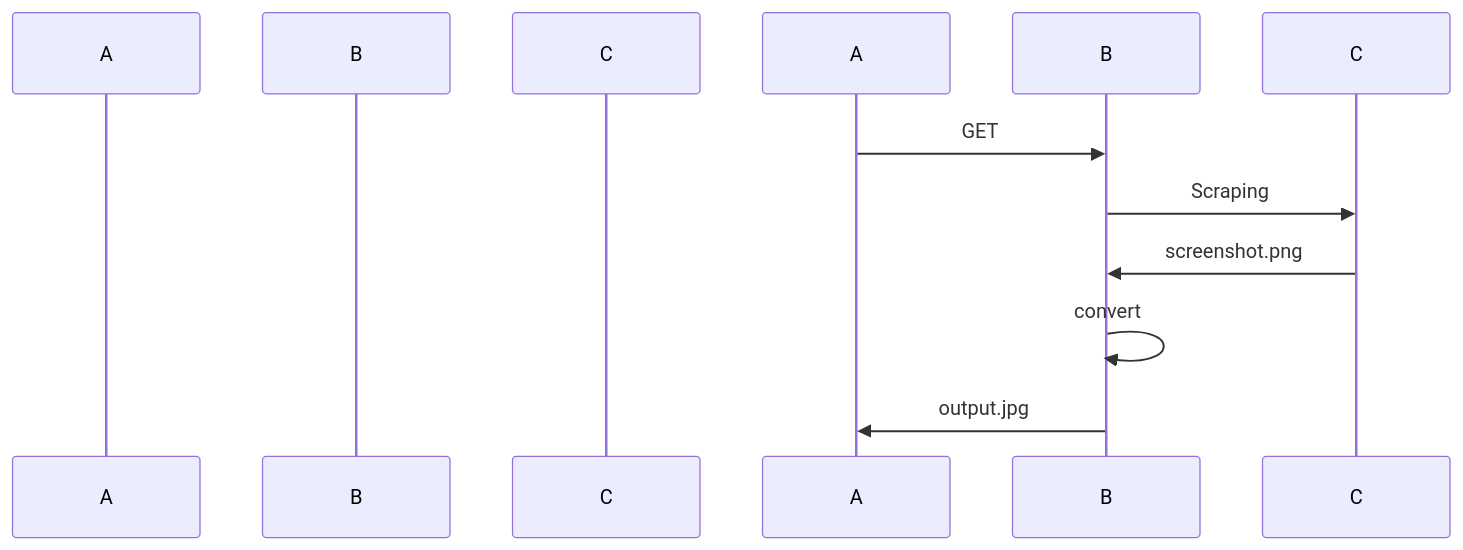
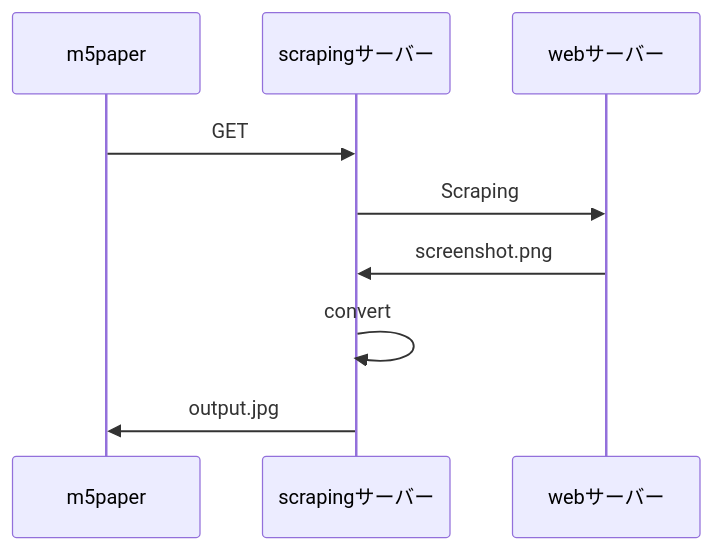
The diagram in README.md (FukeKazki/m5paper-web), drawn with Mermaid before and after one commit.

````diff
--- a/README.md
+++ b/README.md
@@ -3,11 +3,11 @@
 ```mermaid
 sequenceDiagram
-  participant m5paper as A
-  participant scrapingサーバー as B
-  participant webサーバー as C
-  A->>B: GET
-  B->>C: Scraping
-  C->>B: screenshot.png
-  B->>B: convert
-  B->>A: output.jpg
+  participant m5paper
+  participant scrapingサーバー
+  participant webサーバー
+  m5paper->>scrapingサーバー: GET
+  scrapingサーバー->>webサーバー: Scraping
+  webサーバー->>scrapingサーバー: screenshot.png
+  scrapingサーバー->>scrapingサーバー: convert
+  scrapingサーバー->>m5paper: output.jpg
 ```
````
